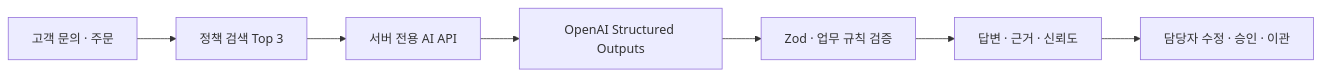
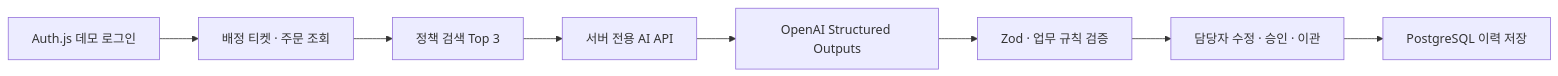
The diagram in README.md (songyi-p/cs-copilot), drawn with Mermaid before and after one commit. The commit also changed other lines of this file and 4 other files, not shown here.

````diff
--- a/README.md
+++ b/README.md
@@ -56,9 +57,10 @@
 ```mermaid
 flowchart LR
-    A["고객 문의 · 주문"] --> B["정책 검색 Top 3"]
-    B --> C["서버 전용 AI API"]
-    C --> D["OpenAI Structured Outputs"]
-    D --> E["Zod · 업무 규칙 검증"]
-    E --> F["답변 · 근거 · 신뢰도"]
+    A["Auth.js 데모 로그인"] --> B["배정 티켓 · 주문 조회"]
+    B --> C["정책 검색 Top 3"]
+    C --> D["서버 전용 AI API"]
+    D --> E["OpenAI Structured Outputs"]
+    E --> F["Zod · 업무 규칙 검증"]
     F --> G["담당자 수정 · 승인 · 이관"]
+    G --> H["PostgreSQL 이력 저장"]
 ```
````
